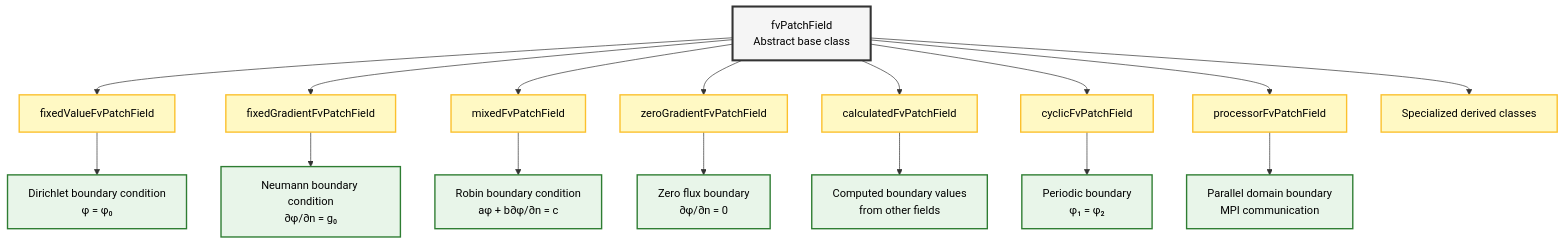
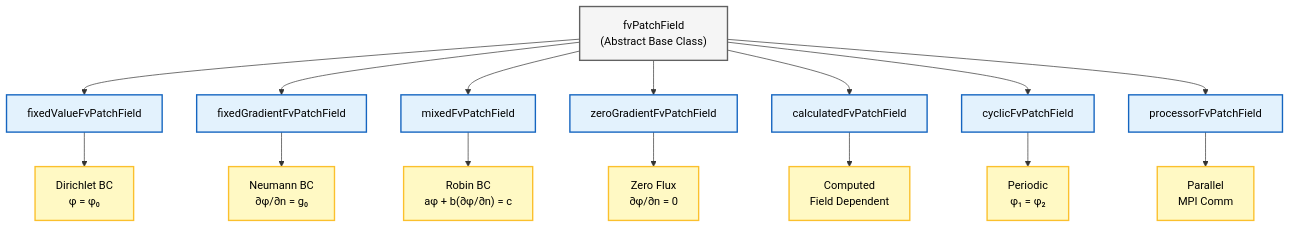
The seventh of 11 diagrams in MODULE_01_CFD_FUNDAMENTALS/CONTENT/03_BOUNDARY_CONDITIONS/02_Fundamental_Classification.md (wramet/build-my-cfd), drawn with Mermaid before and after one commit. The commit also changed other lines of this file and 313 other files, not shown here.

Commit message:
Revise all diagram

````diff
--- a/MODULE_01_CFD_FUNDAMENTALS/CONTENT/03_BOUNDARY_CONDITIONS/02_Fundamental_Classification.md
+++ b/MODULE_01_CFD_FUNDAMENTALS/CONTENT/03_BOUNDARY_CONDITIONS/02_Fundamental_Classification.md
@@ -728,27 +705,22 @@
 ```mermaid
 graph TD
-    A["fvPatchField<Type><br/>Abstract base class"] --> B["fixedValueFvPatchField<Type>"]
-    A --> C["fixedGradientFvPatchField<Type>"]
-    A --> D["mixedFvPatchField<Type>"]
-    A --> E["zeroGradientFvPatchField<Type>"]
-    A --> F["calculatedFvPatchField<Type>"]
-    A --> G["cyclicFvPatchField<Type>"]
-    A --> H["processorFvPatchField<Type>"]
-    A --> I["Specialized derived classes"]
+A["fvPatchField<Type><br/>(Abstract Base Class)"]:::context --> B["fixedValueFvPatchField"]:::implicit
+A --> C["fixedGradientFvPatchField"]:::implicit
+A --> D["mixedFvPatchField"]:::implicit
+A --> E["zeroGradientFvPatchField"]:::implicit
+A --> F["calculatedFvPatchField"]:::implicit
+A --> G["cyclicFvPatchField"]:::implicit
+A --> H["processorFvPatchField"]:::implicit
 
-    B --> J["Dirichlet boundary condition<br/>φ = φ₀"]
-    C --> K["Neumann boundary condition<br/>∂φ/∂n = g₀"]
-    D --> L["Robin boundary condition<br/>aφ + b∂φ/∂n = c"]
-    E --> M["Zero flux boundary<br/>∂φ/∂n = 0"]
-    F --> N["Computed boundary values<br/>from other fields"]
-    G --> O["Periodic boundary<br/>φ₁ = φ₂"]
-    H --> P["Parallel domain boundary<br/>MPI communication"]
+B --> J["Dirichlet BC<br/>φ = φ₀"]:::explicit
+C --> K["Neumann BC<br/>∂φ/∂n = g₀"]:::explicit
+D --> L["Robin BC<br/>aφ + b(∂φ/∂n) = c"]:::explicit
+E --> M["Zero Flux<br/>∂φ/∂n = 0"]:::explicit
+F --> N["Computed<br/>Field Dependent"]:::explicit
+G --> O["Periodic<br/>φ₁ = φ₂"]:::explicit
+H --> P["Parallel<br/>MPI Comm"]:::explicit
 
-    classDef base fill:#f5f5f5,stroke:#333,stroke-width:3px,color:#000;
-    classDef primary fill:#fff9c4,stroke:#fbc02d,stroke-width:2px,color:#000;
-    classDef secondary fill:#e8f5e9,stroke:#2e7d32,stroke-width:2px,color:#000;
-
-    class A base;
-    class B,C,D,E,F,G,H,I primary;
-    class J,K,L,M,N,O,P secondary;
+classDef context fill:#f5f5f5,stroke:#616161,stroke-width:2px,color:#000;
+classDef implicit fill:#e3f2fd,stroke:#1565c0,stroke-width:2px,color:#000;
+classDef explicit fill:#fff9c4,stroke:#fbc02d,stroke-width:2px,color:#000;
 ```
````
